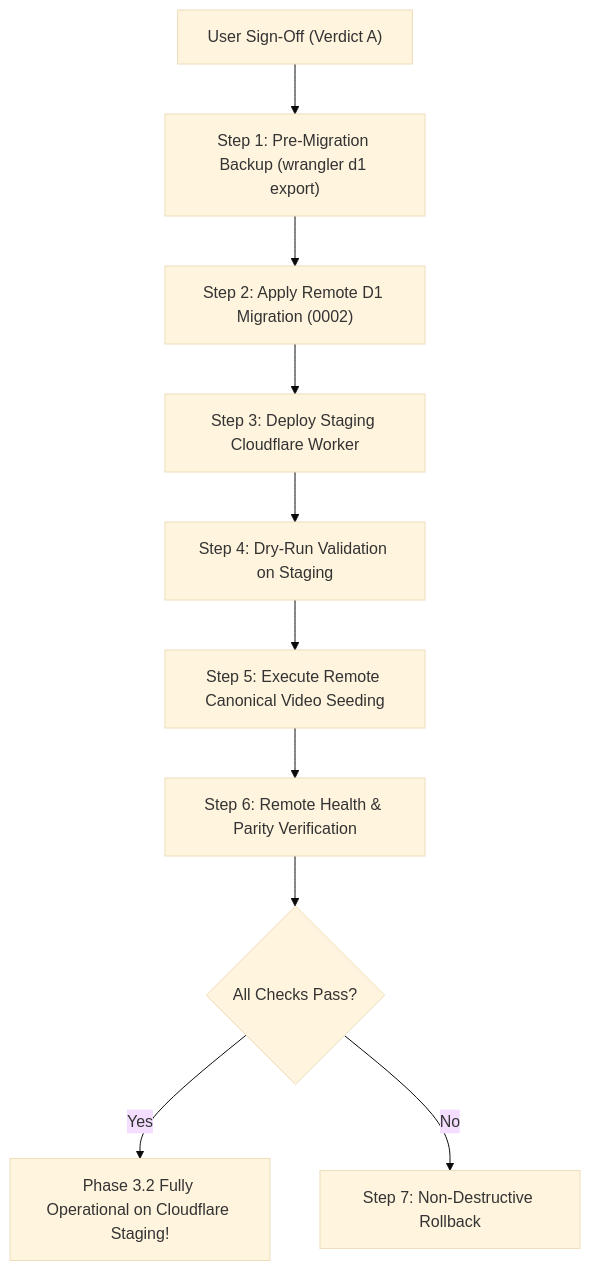
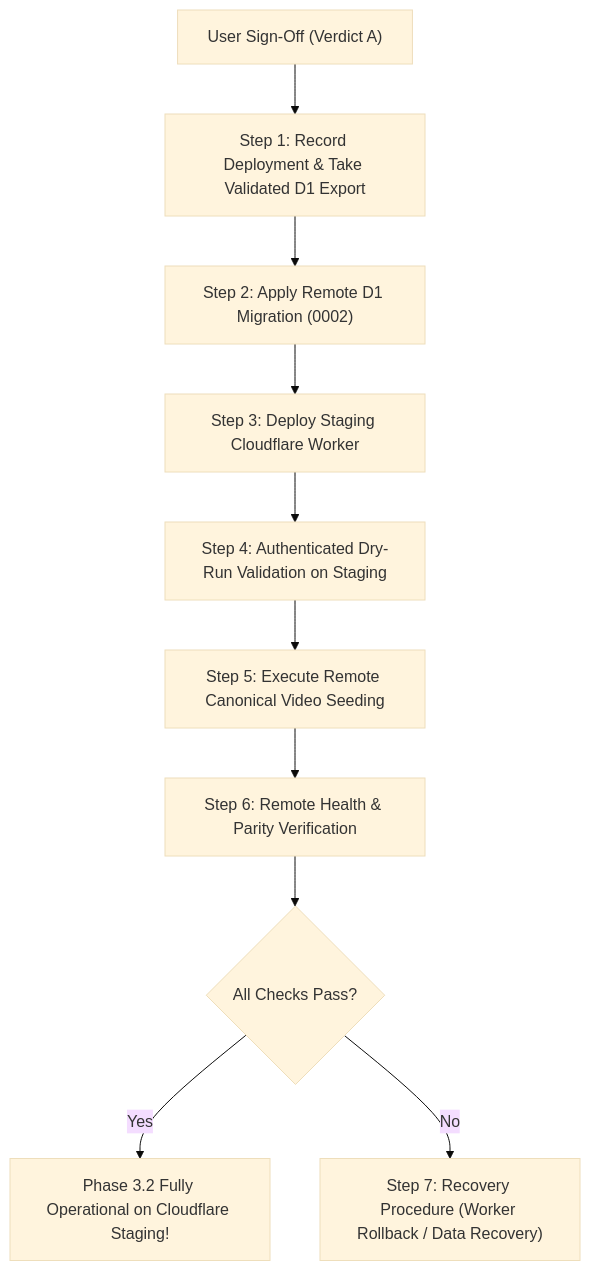
One commit to eigengraun/kerem-mihci-portfolio changed the diagram in docs/reviews/PORTFOLIO_OS_PHASE3_STAGING_APPROVAL_PLAN.md. Above: the diagram before and after it, drawn with Mermaid (base theme). The commit also changed other lines of this file and 12 other files, not shown here.

Commit message:
fix(phase3.2): enforce final staging safety gate, authenticated seed inventory, and no-store media cache

````diff
--- a/docs/reviews/PORTFOLIO_OS_PHASE3_STAGING_APPROVAL_PLAN.md
+++ b/docs/reviews/PORTFOLIO_OS_PHASE3_STAGING_APPROVAL_PLAN.md
@@ -72,12 +109,12 @@
 ```mermaid
 flowchart TD
-    A["User Sign-Off (Verdict A)"] --> B["Step 1: Pre-Migration Backup (wrangler d1 export)"]
+    A["User Sign-Off (Verdict A)"] --> B["Step 1: Record Deployment & Take Validated D1 Export"]
     B --> C["Step 2: Apply Remote D1 Migration (0002)"]
     C --> D["Step 3: Deploy Staging Cloudflare Worker"]
-    D --> E["Step 4: Dry-Run Validation on Staging"]
+    D --> E["Step 4: Authenticated Dry-Run Validation on Staging"]
     E --> F["Step 5: Execute Remote Canonical Video Seeding"]
     F --> G["Step 6: Remote Health & Parity Verification"]
     G --> H{"All Checks Pass?"}
     H -- Yes --> I["Phase 3.2 Fully Operational on Cloudflare Staging!"]
-    H -- No --> J["Step 7: Non-Destructive Rollback"]
+    H -- No --> J["Step 7: Recovery Procedure (Worker Rollback / Data Recovery)"]
 ```
````
